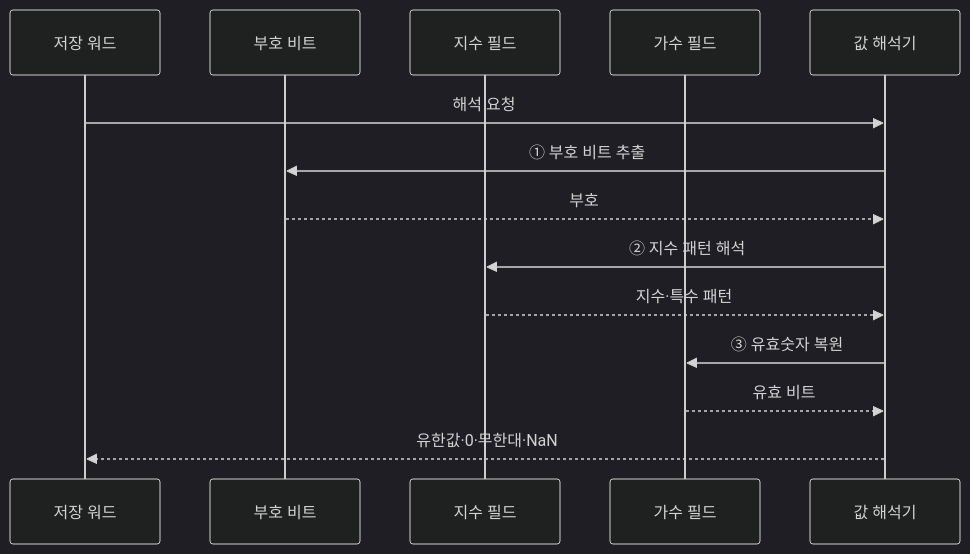
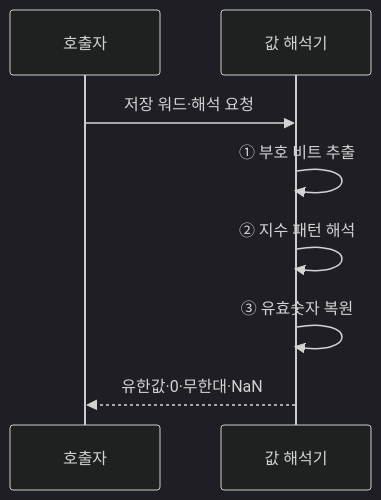
Before and after one commit to agnusdei1207/knowledge-base: the second of 2 diagrams in src/content/docs/notes/01-basic-theory/023_floating_point_ieee_754.md, drawn with Mermaid (dark theme). The commit also changed other lines of this file and 10 other files, not shown here.

````diff
--- a/src/content/docs/notes/01-basic-theory/023_floating_point_ieee_754.md
+++ b/src/content/docs/notes/01-basic-theory/023_floating_point_ieee_754.md
@@ -102,16 +82,10 @@
 ```mermaid
 sequenceDiagram
-    participant W as 저장 워드
-    participant S as 부호 비트
-    participant E as 지수 필드
-    participant F as 가수 필드
+    participant C as 호출자
     participant D as 값 해석기
-    W->>D: 해석 요청
-    D->>S: ① 부호 비트 추출
-    S-->>D: 부호
-    D->>E: ② 지수 패턴 해석
-    E-->>D: 지수·특수 패턴
-    D->>F: ③ 유효숫자 복원
-    F-->>D: 유효 비트
-    D-->>W: 유한값·0·무한대·NaN
+    C->>D: 저장 워드·해석 요청
+    D->>D: ① 부호 비트 추출
+    D->>D: ② 지수 패턴 해석
+    D->>D: ③ 유효숫자 복원
+    D-->>C: 유한값·0·무한대·NaN
 ```
````
